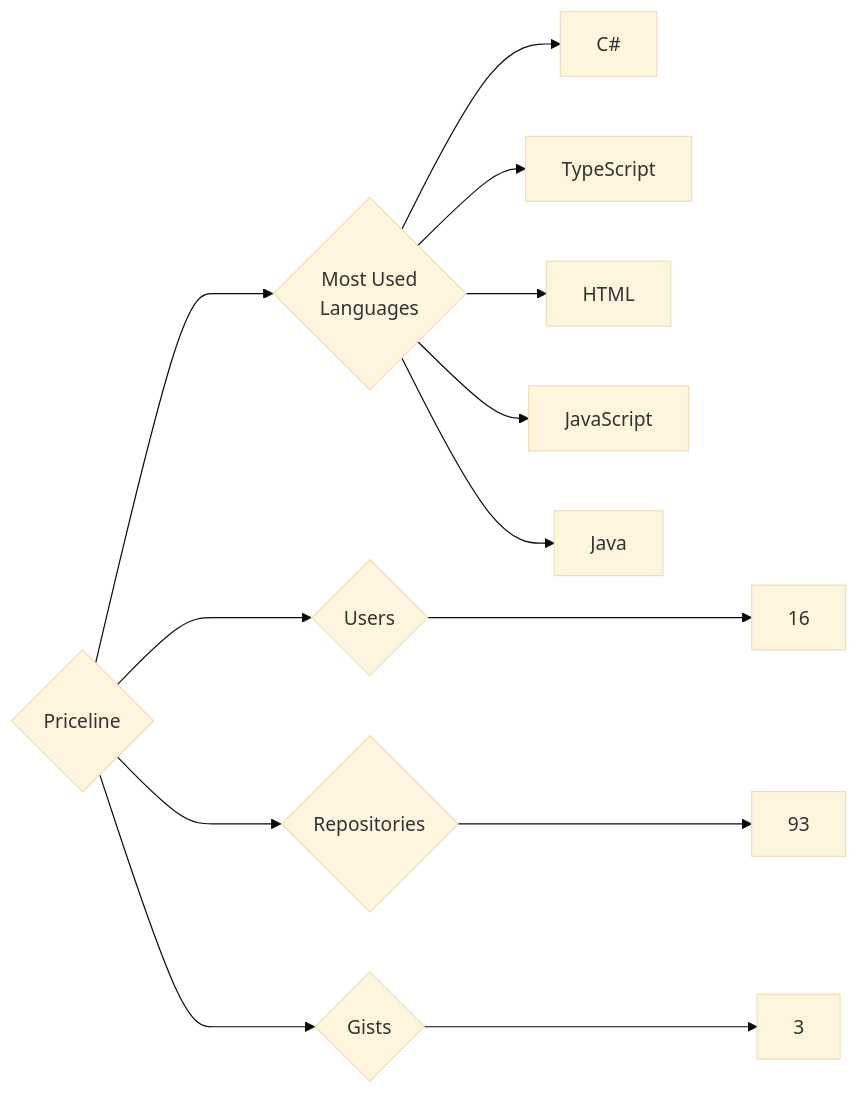
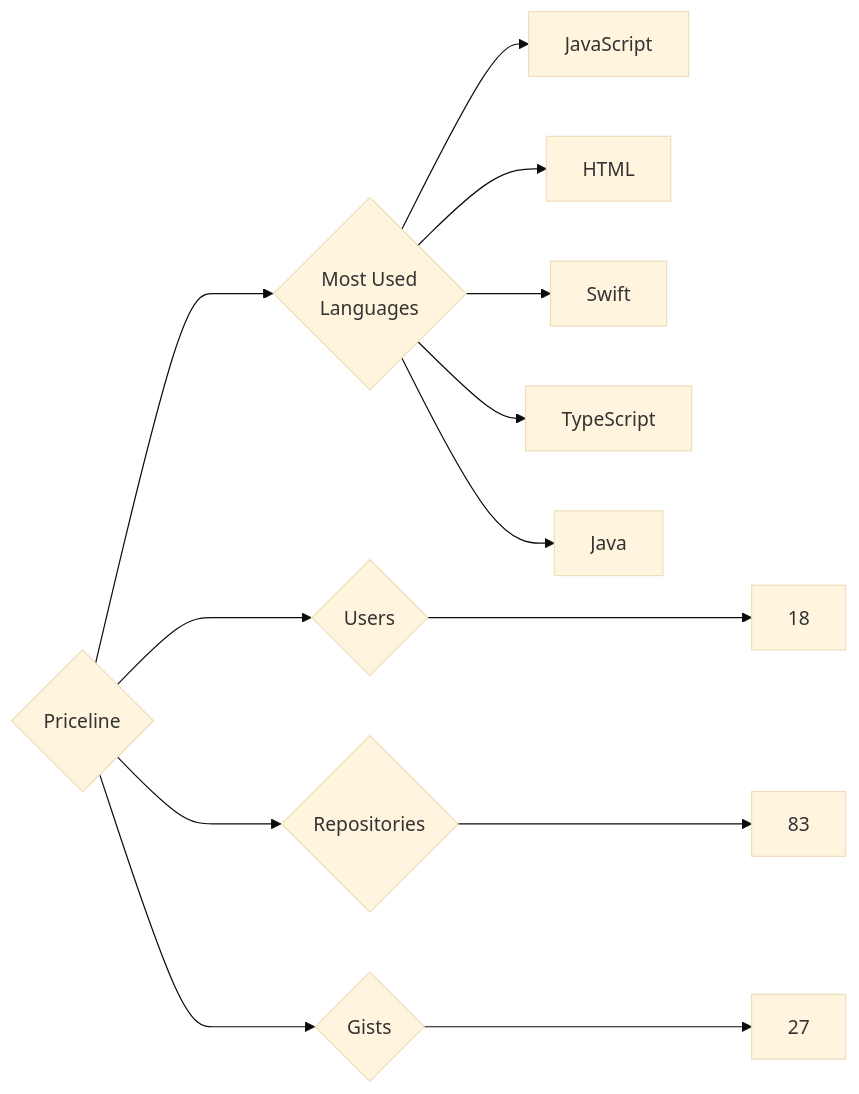
Before and after one commit to trickest/insiders: the diagram in targets/Priceline/README.md, drawn with Mermaid (base theme). The commit also changed 965 other files, not shown here.

````diff
--- a/targets/Priceline/README.md
+++ b/targets/Priceline/README.md
@@ -3,13 +3,13 @@
 ```mermaid
 graph LR
 COMPANY_NAME{Priceline}
-COMPANY_NAME ---> U{Users} ---> UN[16]
-COMPANY_NAME ---> R{Repositories} ---> RN[93]
-COMPANY_NAME ---> G{Gists} ---> GN[3]
+COMPANY_NAME ---> U{Users} ---> UN[18]
+COMPANY_NAME ---> R{Repositories} ---> RN[83]
+COMPANY_NAME ---> G{Gists} ---> GN[27]
 COMPANY_NAME ---> ML{Most Used<br>Languages}
-ML --> C#[C#]
+ML --> JavaScript[JavaScript]
+ML --> HTML[HTML]
+ML --> Swift[Swift]
 ML --> TypeScript[TypeScript]
-ML --> HTML[HTML]
-ML --> JavaScript[JavaScript]
 ML --> Java[Java]
 ```
````
